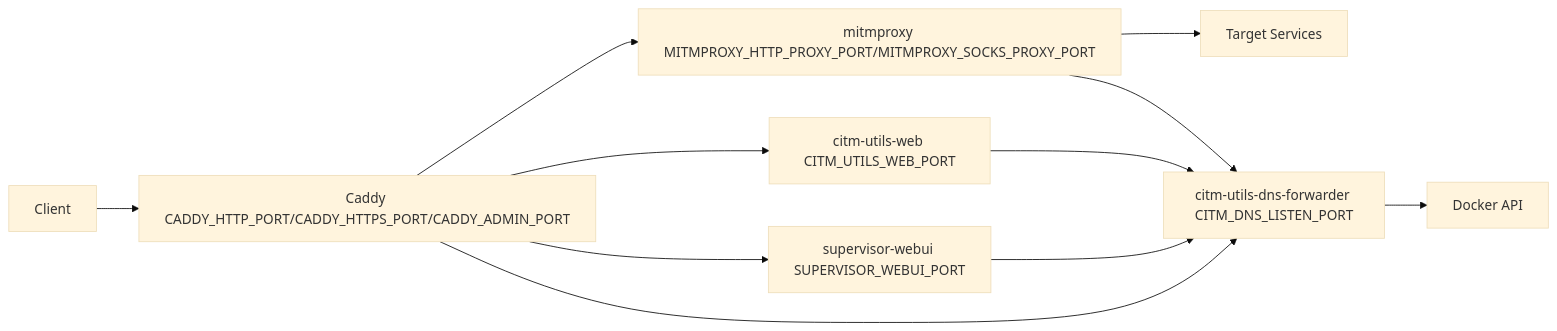
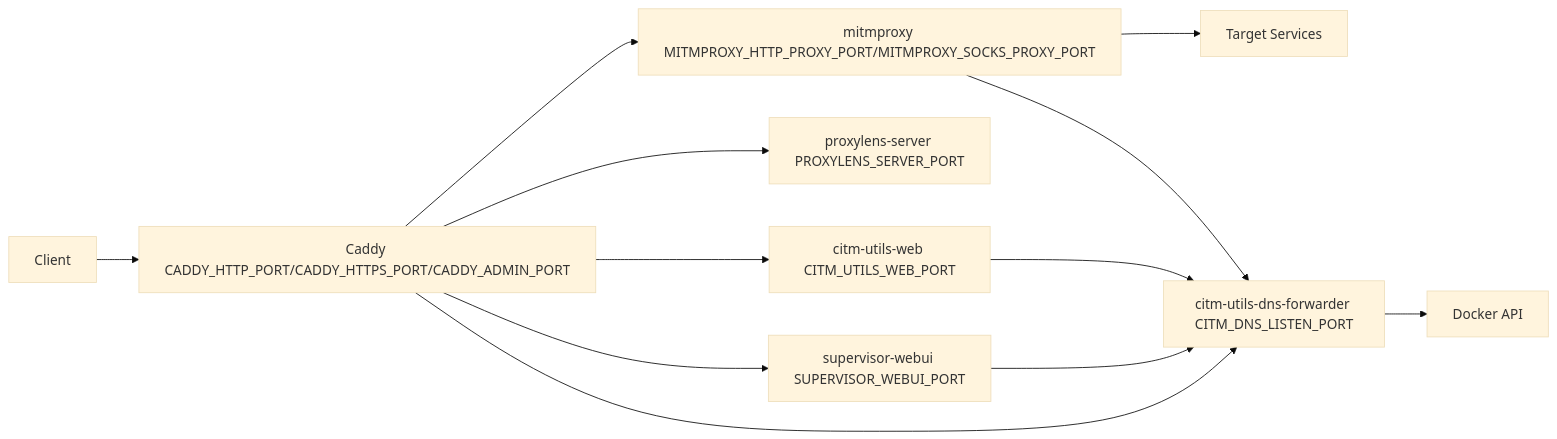
Before and after one commit to fardjad/caddy-in-the-middle: the diagram in docs/src/explanation/architecture.md, drawn with Mermaid (base theme). The commit also changed other lines of this file and 18 other files, not shown here.

Commit message:
proxylens: add proxylens server and ui

````diff
--- a/docs/src/explanation/architecture.md
+++ b/docs/src/explanation/architecture.md
@@ -25,14 +26,15 @@
 ```mermaid
 flowchart LR
     Client[Client] --> Caddy["Caddy CADDY_HTTP_PORT/CADDY_HTTPS_PORT/CADDY_ADMIN_PORT"]
     Caddy --> Mitm["mitmproxy MITMPROXY_HTTP_PROXY_PORT/MITMPROXY_SOCKS_PROXY_PORT"]
+    Caddy --> ProxyLens["proxylens-server PROXYLENS_SERVER_PORT"]
     Caddy --> Utils["citm-utils-web CITM_UTILS_WEB_PORT"]
     Caddy --> Supervisor["supervisor-webui SUPERVISOR_WEBUI_PORT"]
     Mitm --> Apps[Target Services]
     DNS["citm-utils-dns-forwarder CITM_DNS_LISTEN_PORT"]
     Caddy --> DNS
     Mitm --> DNS
     Utils --> DNS
     Supervisor --> DNS
     DNS --> Docker[Docker API]
 ```
````
